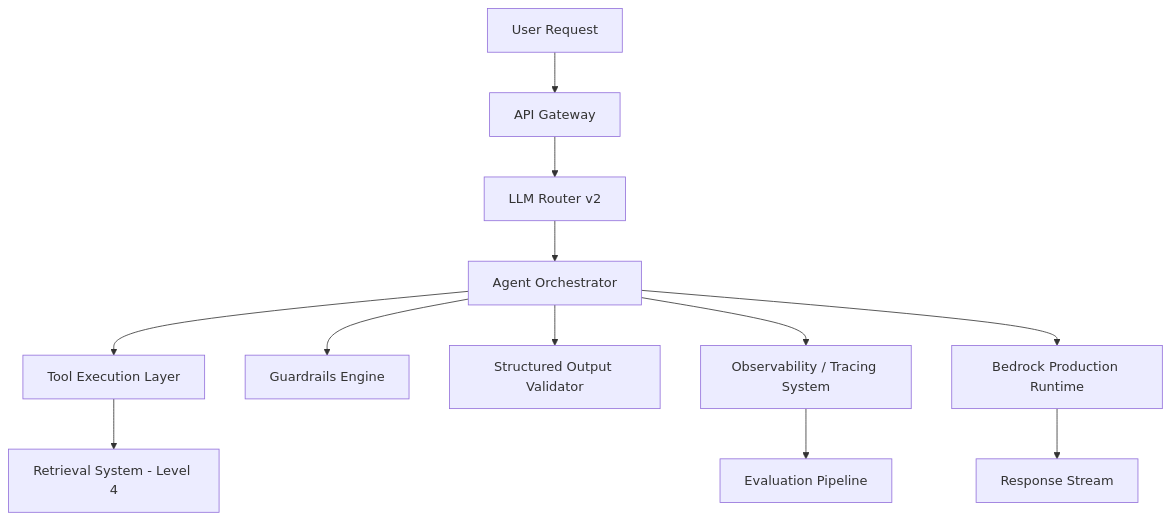
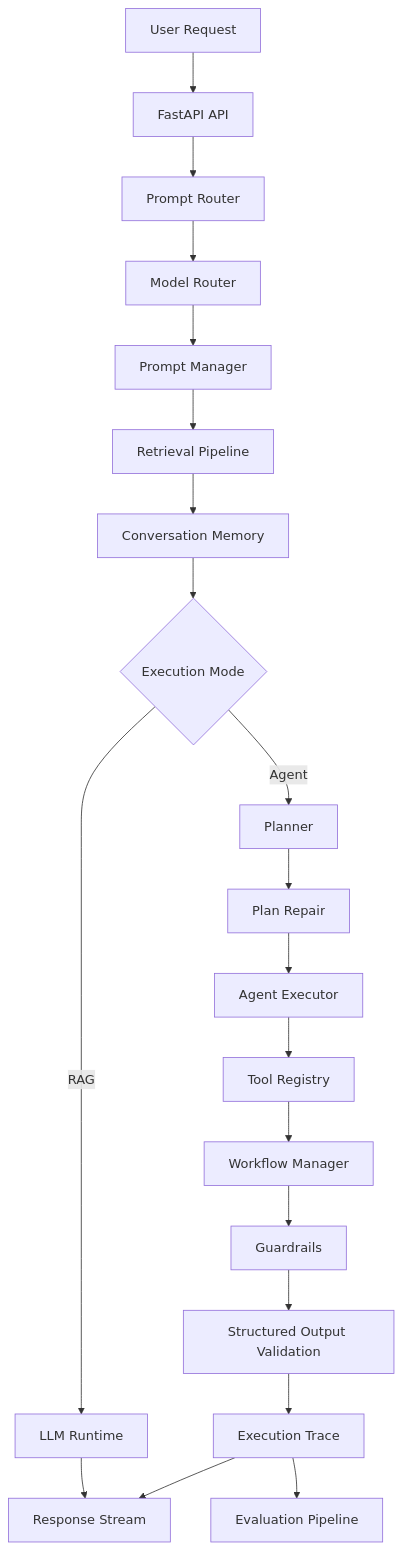
One commit to eyespan/ai-analytics-copilot changed the first of 2 diagrams in DESIGN_LEVEL6.md. Above: the diagram before and after it, drawn with Mermaid. The commit also changed other lines of this file and 15 other files, not shown here.

````diff
--- a/DESIGN_LEVEL6.md
+++ b/DESIGN_LEVEL6.md
@@ -50,14 +116,43 @@
 ```mermaid
 flowchart TD
-    A[User Request] --> B[API Gateway]
-    B --> C[LLM Router v2]
-    C --> D[Agent Orchestrator]
-    D --> E[Tool Execution Layer]
-    E --> F[Retrieval System - Level 4]
-    D --> G[Guardrails Engine]
-    D --> H[Structured Output Validator]
-    D --> I[Observability / Tracing System]
-    I --> J[Evaluation Pipeline]
-    D --> K[Bedrock Production Runtime]
-    K --> L[Response Stream]
+
+    A[User Request]
+
+    A --> B[FastAPI API]
+
+    B --> C[Prompt Router]
+
+    C --> D[Model Router]
+
+    D --> E[Prompt Manager]
+
+    E --> F[Retrieval Pipeline]
+
+    F --> G[Conversation Memory]
+
+    G --> H{Execution Mode}
+
+    H -->|RAG| I[LLM Runtime]
+
+    H -->|Agent| J[Planner]
+
+    J --> K[Plan Repair]
+
+    K --> L[Agent Executor]
+
+    L --> M[Tool Registry]
+
+    M --> N[Workflow Manager]
+
+    N --> O[Guardrails]
+
+    O --> P[Structured Output Validation]
+
+    P --> Q[Execution Trace]
+
+    Q --> R[Evaluation Pipeline]
+
+    I --> S[Response Stream]
+
+    Q --> S
 ```
````
